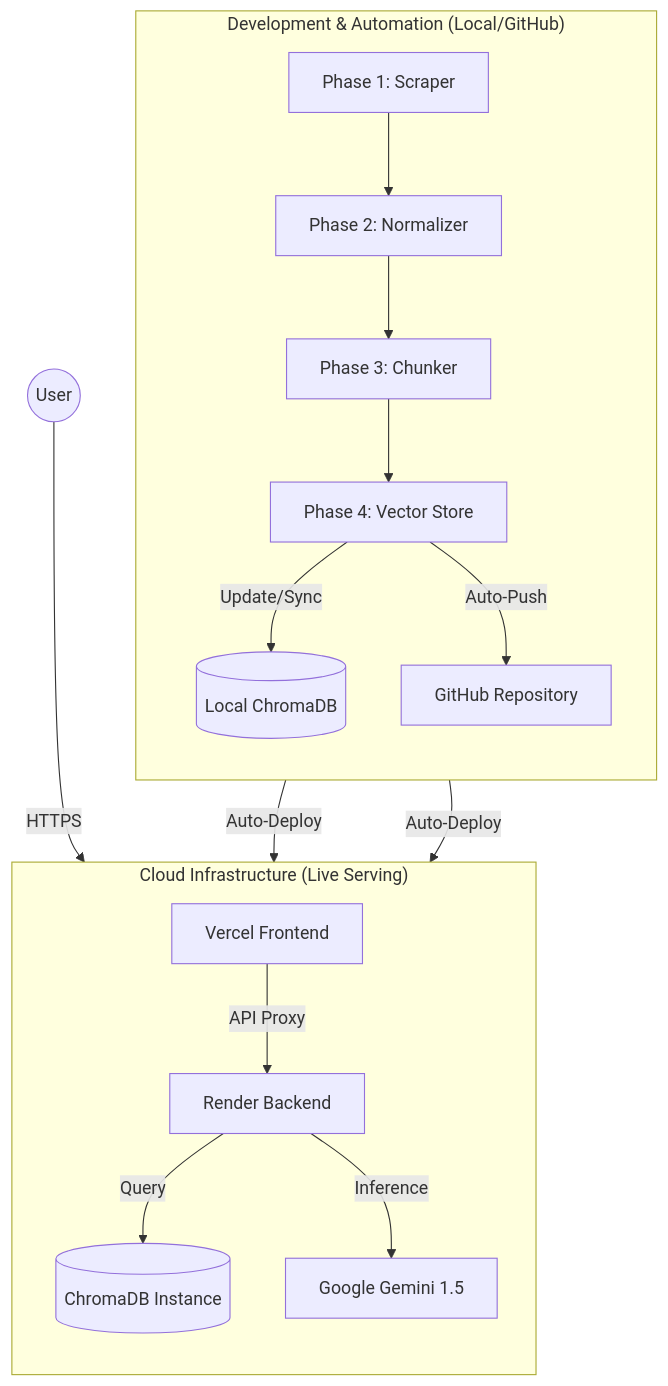
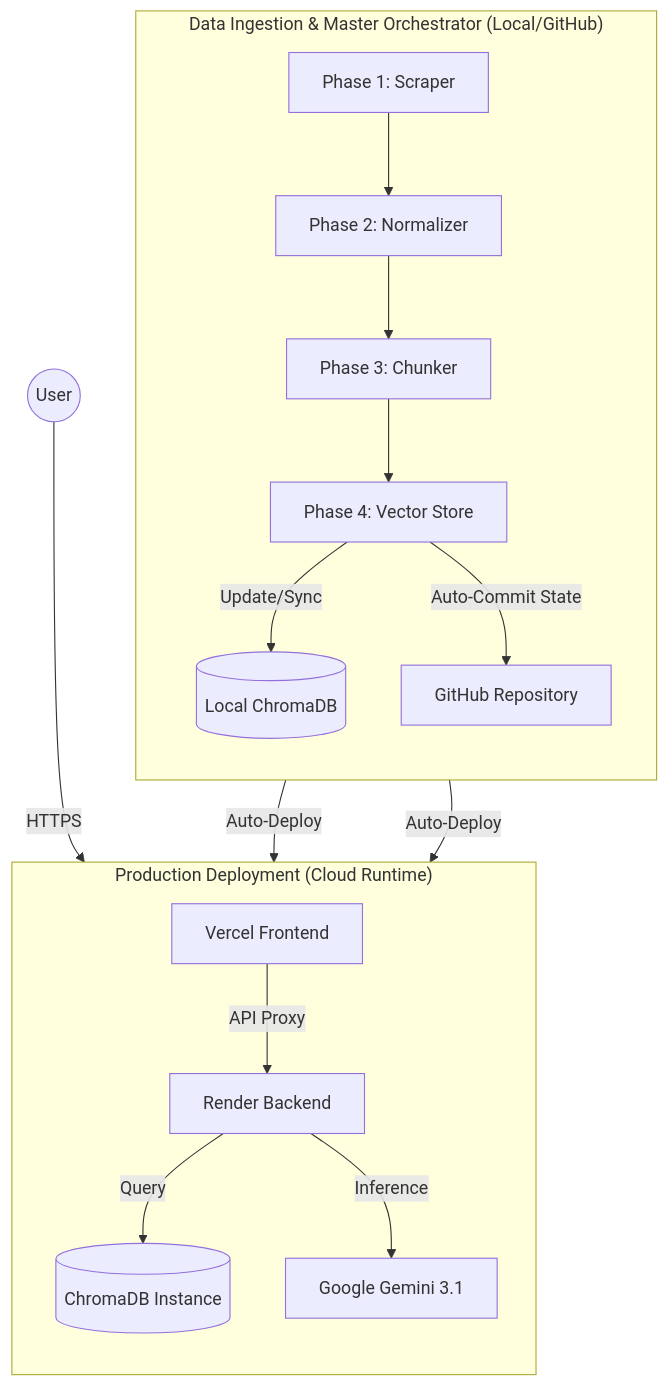
Before and after one commit to puneet225/MF_rag_chatbot: the diagram in ARCHITECTURE.md, drawn with Mermaid. The commit also changed other lines of this file and 2 other files, not shown here.

Commit message:
Docs: Standardize all model references to Gemini 3.1 Flash

````diff
--- a/ARCHITECTURE.md
+++ b/ARCHITECTURE.md
@@ -24,32 +24,32 @@
 ```mermaid
 flowchart TD
-    subgraph Local["Development & Automation (Local/GitHub)"]
+    subgraph Local["Data Ingestion & Master Orchestrator (Local/GitHub)"]
         direction TB
         P1[Phase 1: Scraper] --> P2[Phase 2: Normalizer]
         P2 --> P3[Phase 3: Chunker]
         P3 --> P4[Phase 4: Vector Store]
         
         DB_Local[(Local ChromaDB)]
         P4 -- "Update/Sync" --> DB_Local
         
         GH[GitHub Repository]
-        P4 -- "Auto-Push" --> GH
+        P4 -- "Auto-Commit State" --> GH
     end
 
-    subgraph Cloud["Cloud Infrastructure (Live Serving)"]
+    subgraph Cloud["Production Deployment (Cloud Runtime)"]
         direction TB
         Vercel[Vercel Frontend]
         Render[Render Backend]
-        Gemini[Google Gemini 1.5]
+        Gemini[Google Gemini 3.1]
         DB_Cloud[(ChromaDB Instance)]
         
         GH -- "Auto-Deploy" --> Vercel
         GH -- "Auto-Deploy" --> Render
         
         Render -- "Query" --> DB_Cloud
         Render -- "Inference" --> Gemini
     end
 
     User((User)) -- "HTTPS" --> Vercel
     Vercel -- "API Proxy" --> Render
 ```
````
